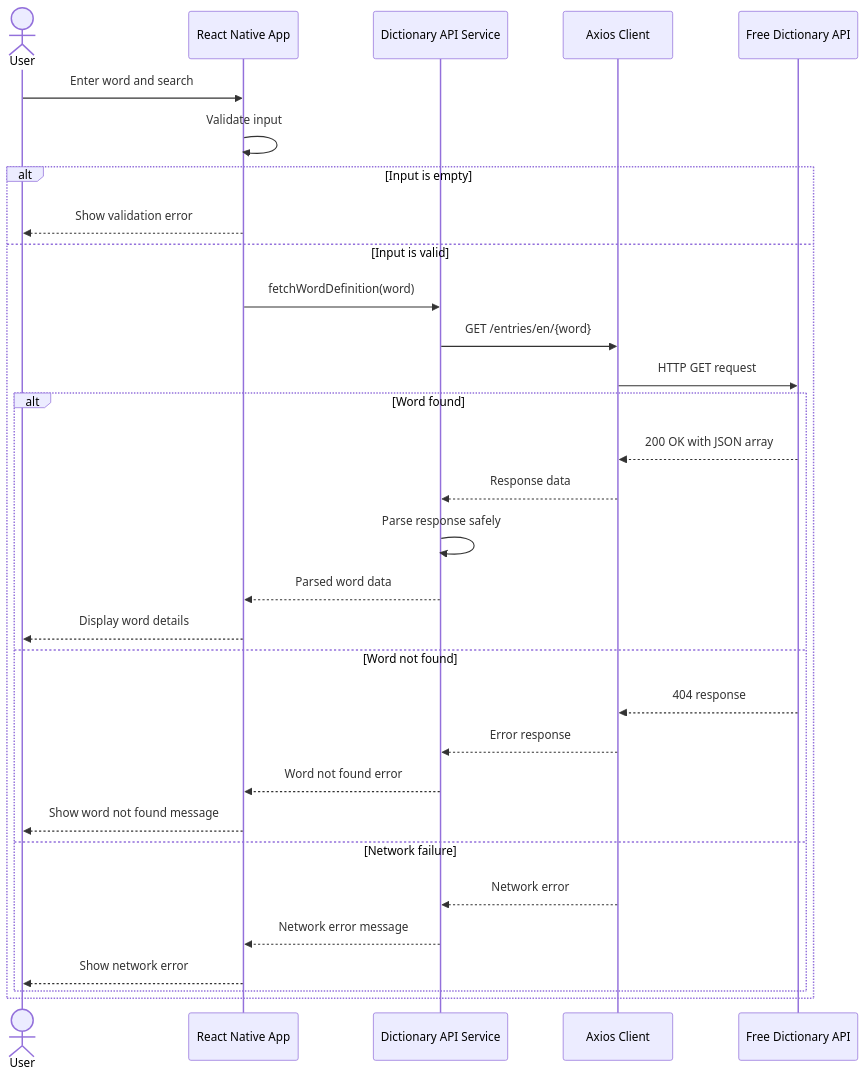
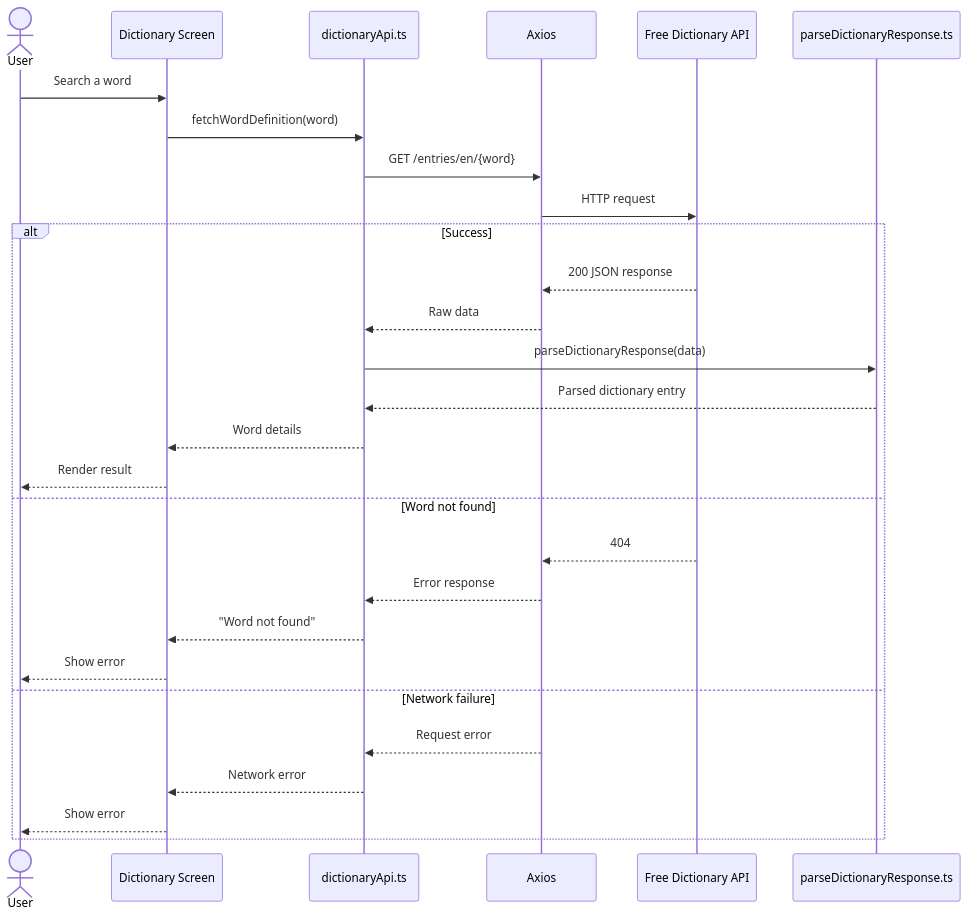
One commit to m-prosper-10/mobile.dictionary changed the fourth of 11 diagrams in DOCS.md. Above: the diagram before and after it, drawn with Mermaid. The commit also changed other lines of this file and 1 other file, not shown here.

Commit message:
Update architectural documentation to match Expo Router and Datamuse integration and clean up dictionary API service definitions.

````diff
--- a/DOCS.md
+++ b/DOCS.md
@@ -130,36 +106,32 @@
 ```mermaid
 sequenceDiagram
     actor User
-    participant App as React Native App
-    participant Service as Dictionary API Service
-    participant Axios as Axios Client
+    participant Screen as Dictionary Screen
+    participant Service as dictionaryApi.ts
+    participant Axios as Axios
     participant API as Free Dictionary API
+    participant Parser as parseDictionaryResponse.ts
 
-    User->>App: Enter word and search
-    App->>App: Validate input
+    User->>Screen: Search a word
+    Screen->>Service: fetchWordDefinition(word)
+    Service->>Axios: GET /entries/en/{word}
+    Axios->>API: HTTP request
 
-    alt Input is empty
-        App-->>User: Show validation error
-    else Input is valid
-        App->>Service: fetchWordDefinition(word)
-        Service->>Axios: GET /entries/en/{word}
-        Axios->>API: HTTP GET request
-
-        alt Word found
-            API-->>Axios: 200 OK with JSON array
-            Axios-->>Service: Response data
-            Service->>Service: Parse response safely
-            Service-->>App: Parsed word data
-            App-->>User: Display word details
-        else Word not found
-            API-->>Axios: 404 response
-            Axios-->>Service: Error response
-            Service-->>App: Word not found error
-            App-->>User: Show word not found message
-        else Network failure
-            Axios-->>Service: Network error
-            Service-->>App: Network error message
-            App-->>User: Show network error
-        end
+    alt Success
+        API-->>Axios: 200 JSON response
+        Axios-->>Service: Raw data
+        Service->>Parser: parseDictionaryResponse(data)
+        Parser-->>Service: Parsed dictionary entry
+        Service-->>Screen: Word details
+        Screen-->>User: Render result
+    else Word not found
+        API-->>Axios: 404
+        Axios-->>Service: Error response
+        Service-->>Screen: "Word not found"
+        Screen-->>User: Show error
+    else Network failure
+        Axios-->>Service: Request error
+        Service-->>Screen: Network error
+        Screen-->>User: Show error
     end
 ```
````
